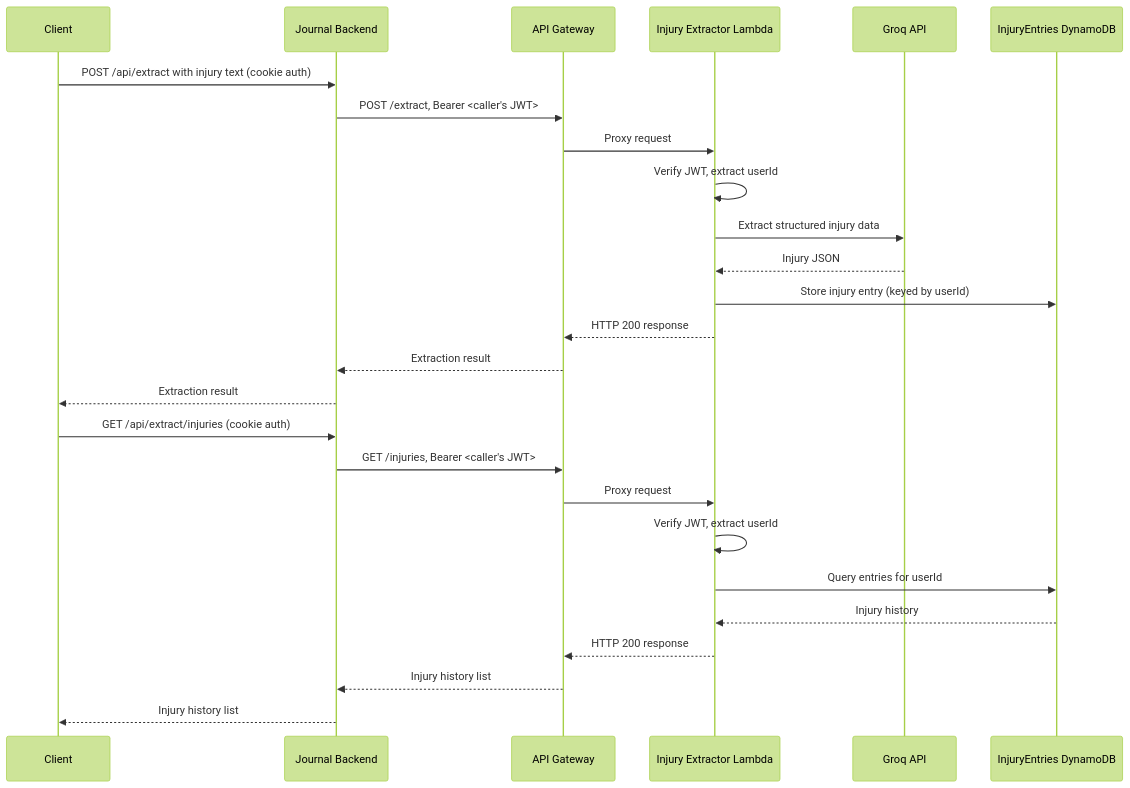
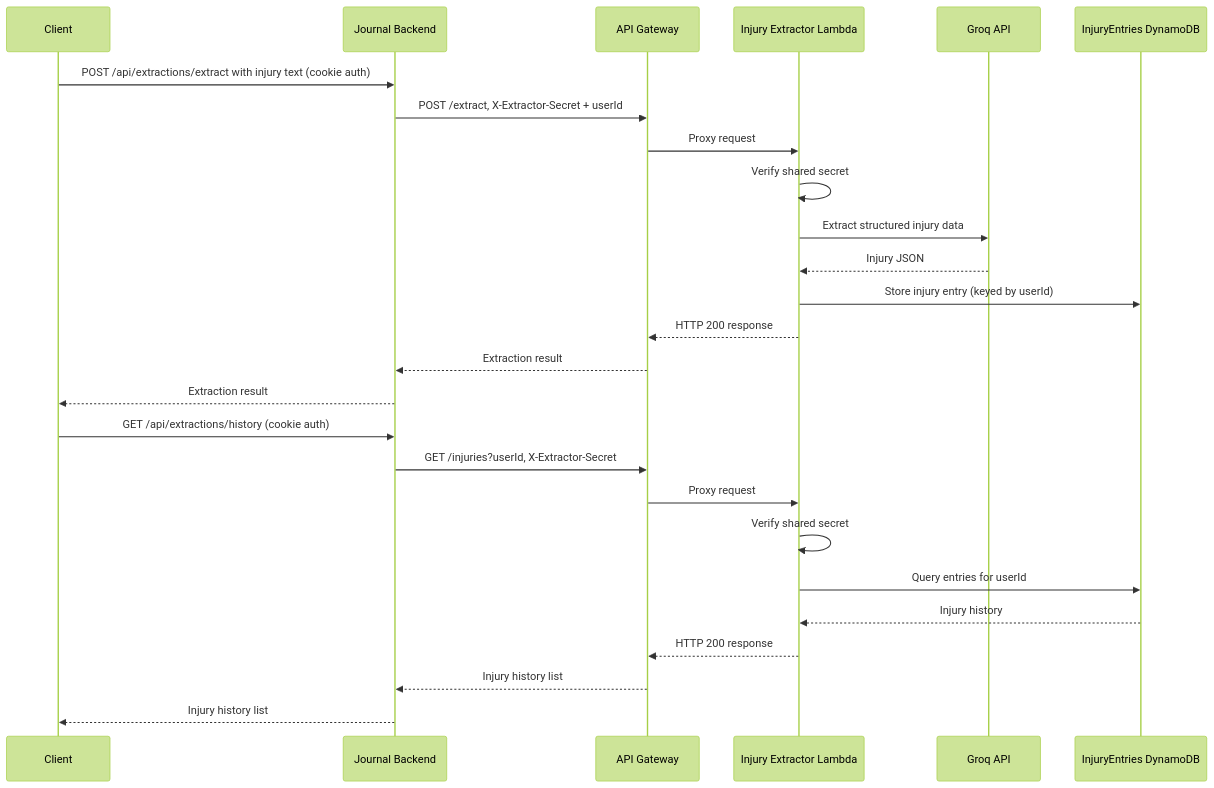
The diagram in ai-injury-extractor/README.md (sabrahermassi/injury_journal), drawn with Mermaid (forest theme) before and after one commit. The commit also changed other lines of this file and 33 other files, not shown here.

First line of the commit message:
Secure the extractor Lambda: auth, per-user scoping, rate limiting (#32) (#80)

````diff
--- a/ai-injury-extractor/README.md
+++ b/ai-injury-extractor/README.md
@@ -62,30 +60,30 @@
 ```mermaid
 sequenceDiagram
   participant Client
   participant Journal Backend
   participant API Gateway
   participant Injury Extractor Lambda
   participant Groq API
   participant InjuryEntries DynamoDB
 
-  Client->>Journal Backend: POST /api/extract with injury text (cookie auth)
-  Journal Backend->>API Gateway: POST /extract, Bearer <caller's JWT>
+  Client->>Journal Backend: POST /api/extractions/extract with injury text (cookie auth)
+  Journal Backend->>API Gateway: POST /extract, X-Extractor-Secret + userId
   API Gateway->>Injury Extractor Lambda: Proxy request
-  Injury Extractor Lambda->>Injury Extractor Lambda: Verify JWT, extract userId
+  Injury Extractor Lambda->>Injury Extractor Lambda: Verify shared secret
   Injury Extractor Lambda->>Groq API: Extract structured injury data
   Groq API-->>Injury Extractor Lambda: Injury JSON
   Injury Extractor Lambda->>InjuryEntries DynamoDB: Store injury entry (keyed by userId)
   Injury Extractor Lambda-->>API Gateway: HTTP 200 response
   API Gateway-->>Journal Backend: Extraction result
   Journal Backend-->>Client: Extraction result
 
-  Client->>Journal Backend: GET /api/extract/injuries (cookie auth)
-  Journal Backend->>API Gateway: GET /injuries, Bearer <caller's JWT>
+  Client->>Journal Backend: GET /api/extractions/history (cookie auth)
+  Journal Backend->>API Gateway: GET /injuries?userId, X-Extractor-Secret
   API Gateway->>Injury Extractor Lambda: Proxy request
-  Injury Extractor Lambda->>Injury Extractor Lambda: Verify JWT, extract userId
+  Injury Extractor Lambda->>Injury Extractor Lambda: Verify shared secret
   Injury Extractor Lambda->>InjuryEntries DynamoDB: Query entries for userId
   InjuryEntries DynamoDB-->>Injury Extractor Lambda: Injury history
   Injury Extractor Lambda-->>API Gateway: HTTP 200 response
   API Gateway-->>Journal Backend: Injury history list
   Journal Backend-->>Client: Injury history list
 ```
````
